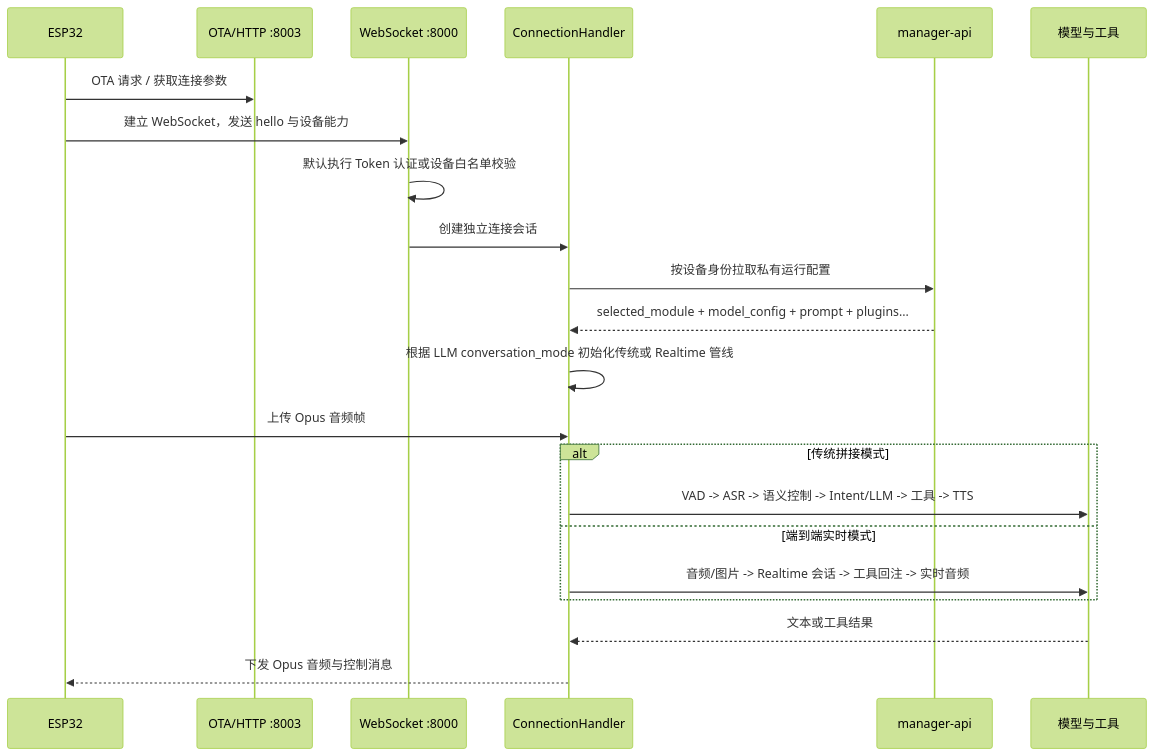
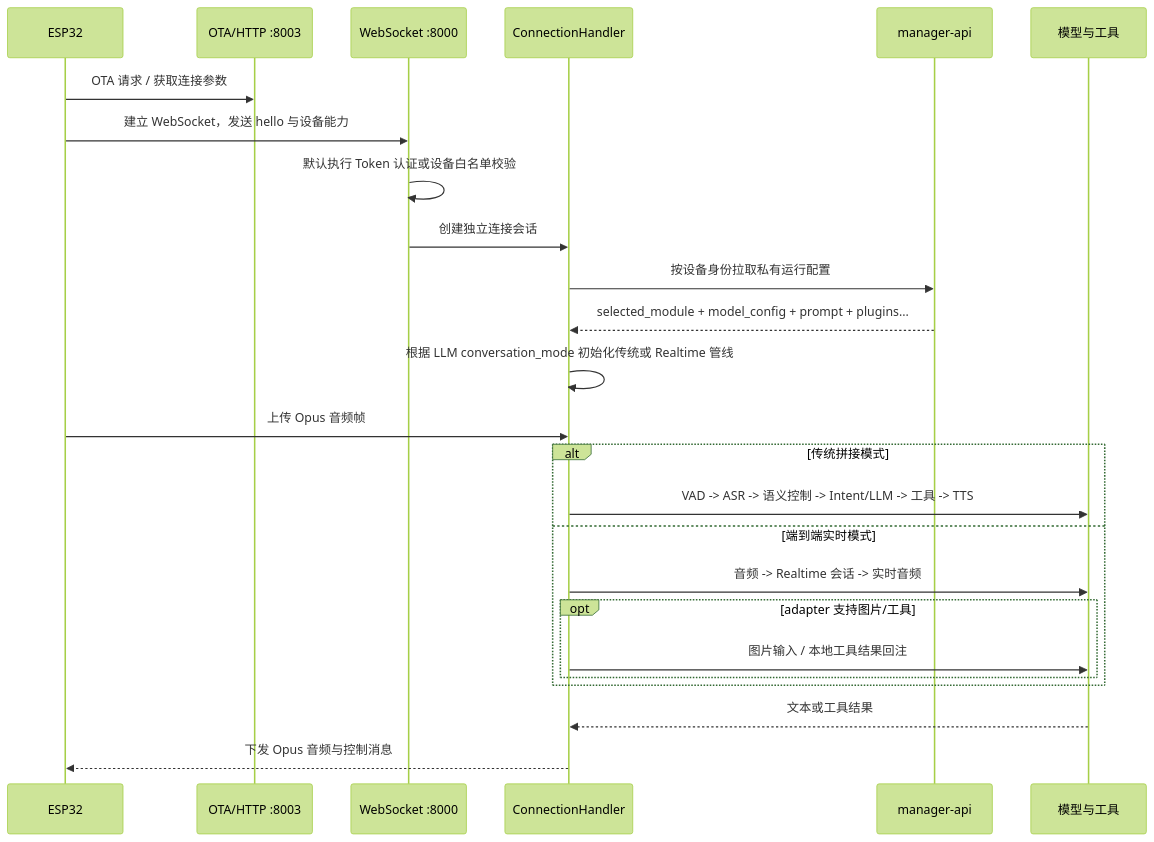
Before and after one commit to ruirui688/xiaozhiserver: the third of 3 diagrams in docs/architecture/project-architecture.md, drawn with Mermaid (forest theme). The commit also changed other lines of this file and 27 other files, not shown here.

````diff
--- a/docs/architecture/project-architecture.md
+++ b/docs/architecture/project-architecture.md
@@ -119,25 +119,28 @@
 ```mermaid
 sequenceDiagram
     participant D as ESP32
     participant O as OTA/HTTP :8003
     participant W as WebSocket :8000
     participant C as ConnectionHandler
     participant A as manager-api
     participant M as 模型与工具
 
     D->>O: OTA 请求 / 获取连接参数
     D->>W: 建立 WebSocket，发送 hello 与设备能力
     W->>W: 默认执行 Token 认证或设备白名单校验
     W->>C: 创建独立连接会话
     C->>A: 按设备身份拉取私有运行配置
     A-->>C: selected_module + model_config + prompt + plugins...
     C->>C: 根据 LLM conversation_mode 初始化传统或 Realtime 管线
     D->>C: 上传 Opus 音频帧
     alt 传统拼接模式
         C->>M: VAD -> ASR -> 语义控制 -> Intent/LLM -> 工具 -> TTS
     else 端到端实时模式
-        C->>M: 音频/图片 -> Realtime 会话 -> 工具回注 -> 实时音频
+        C->>M: 音频 -> Realtime 会话 -> 实时音频
+        opt adapter 支持图片/工具
+            C->>M: 图片输入 / 本地工具结果回注
+        end
     end
     M-->>C: 文本或工具结果
     C-->>D: 下发 Opus 音频与控制消息
 ```
````
